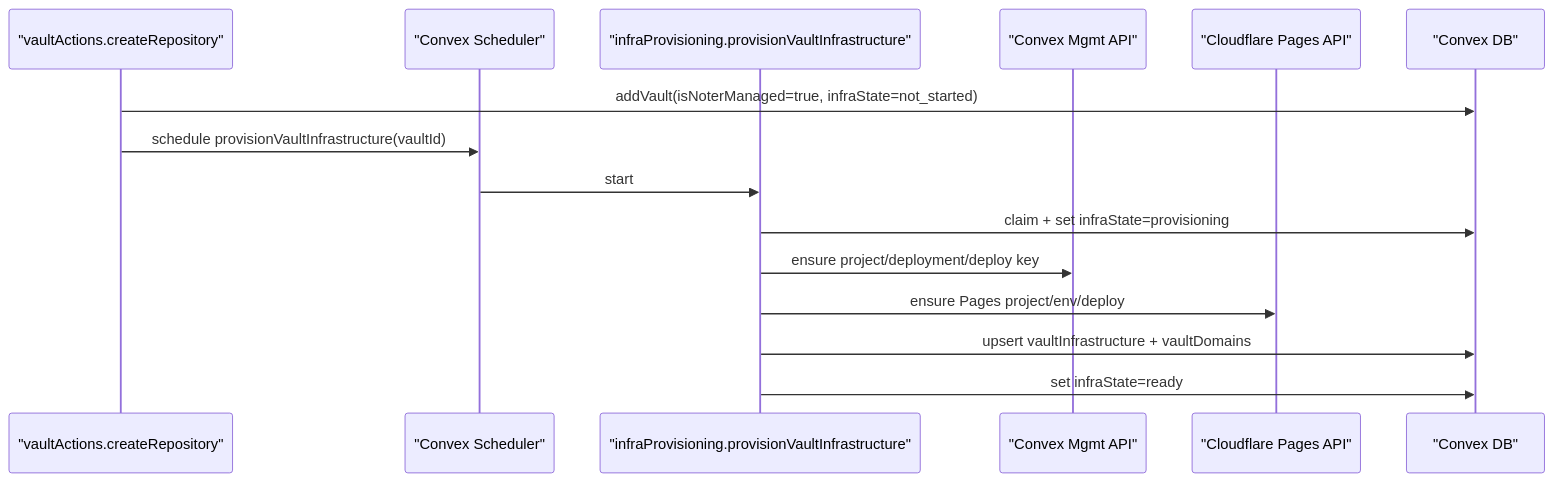
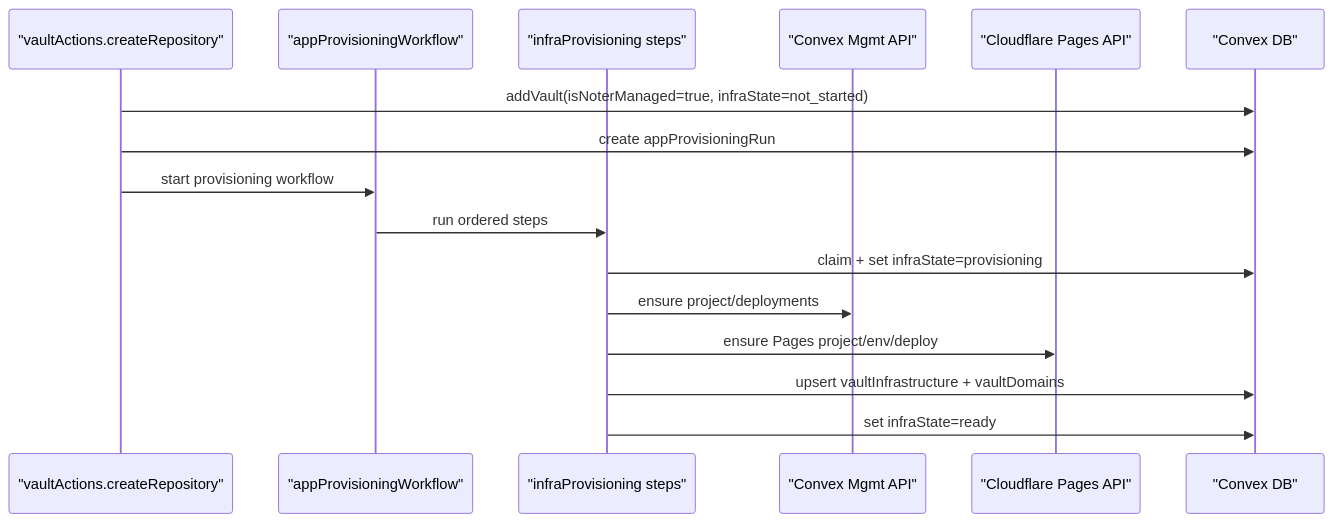
One commit to samebase/samebase changed the diagram in specs/003_VAULT_INFRA_PROVISIONING_SPEC.md. Above: the diagram before and after it, drawn with Mermaid. The commit also changed other lines of this file and 14 other files, not shown here.

Commit message:
Move app infra provisioning to Workflow

````diff
--- a/specs/003_VAULT_INFRA_PROVISIONING_SPEC.md
+++ b/specs/003_VAULT_INFRA_PROVISIONING_SPEC.md
@@ -119,18 +122,19 @@
 ```mermaid
 sequenceDiagram
   participant VA as "vaultActions.createRepository"
-  participant SCH as "Convex Scheduler"
-  participant IP as "infraProvisioning.provisionVaultInfrastructure"
+  participant WF as "appProvisioningWorkflow"
+  participant IP as "infraProvisioning steps"
   participant CVX as "Convex Mgmt API"
   participant CFL as "Cloudflare Pages API"
   participant DB as "Convex DB"
 
   VA->>DB: addVault(isNoterManaged=true, infraState=not_started)
-  VA->>SCH: schedule provisionVaultInfrastructure(vaultId)
-  SCH->>IP: start
+  VA->>DB: create appProvisioningRun
+  VA->>WF: start provisioning workflow
+  WF->>IP: run ordered steps
   IP->>DB: claim + set infraState=provisioning
-  IP->>CVX: ensure project/deployment/deploy key
+  IP->>CVX: ensure project/deployments
   IP->>CFL: ensure Pages project/env/deploy
   IP->>DB: upsert vaultInfrastructure + vaultDomains
   IP->>DB: set infraState=ready
 ```
````
